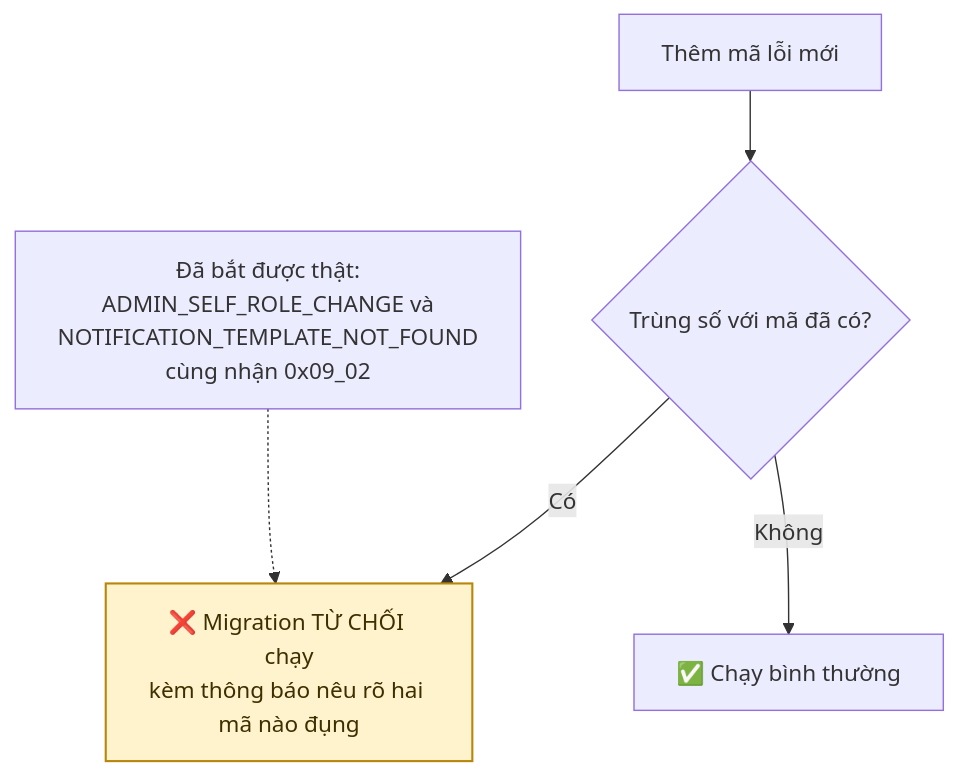
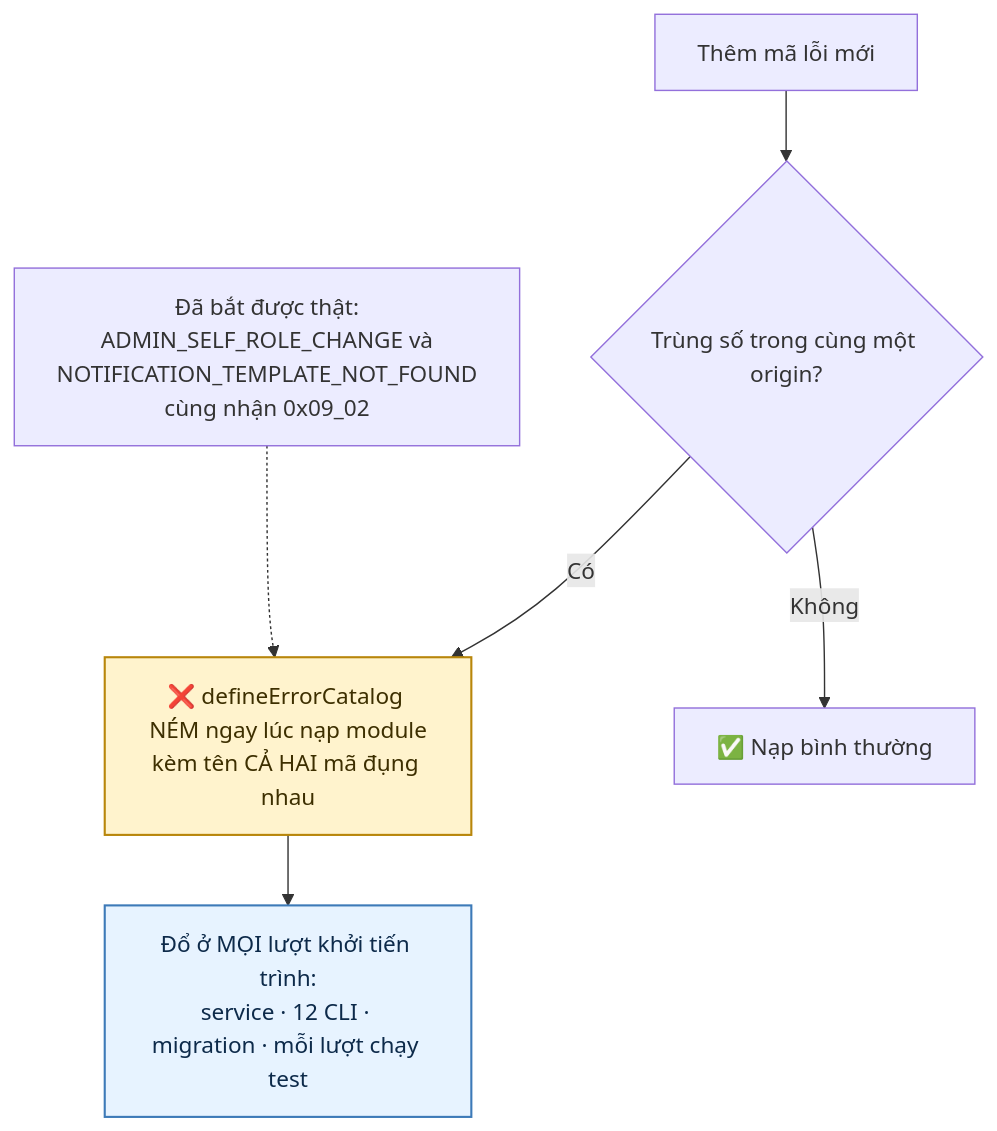
Before and after one commit to fdshn/trueheart: the second of 6 diagrams in docs/diagram/26-api-conventions.md, drawn with Mermaid. The commit also changed other lines of this file and 3 other files, not shown here.

````diff
--- a/docs/diagram/26-api-conventions.md
+++ b/docs/diagram/26-api-conventions.md
@@ -40,10 +73,13 @@
 ```mermaid
 flowchart TD
-    A[Thêm mã lỗi mới] --> B{Trùng số với mã đã có?}
-    B -->|Có| C["❌ Migration TỪ CHỐI chạy<br/>kèm thông báo nêu rõ hai mã nào đụng"]
-    B -->|Không| D[✅ Chạy bình thường]
+    A[Thêm mã lỗi mới] --> B{Trùng số trong cùng một origin?}
+    B -->|Có| C["❌ defineErrorCatalog NÉM ngay lúc nạp module<br/>kèm tên CẢ HAI mã đụng nhau"]
+    B -->|Không| D[✅ Nạp bình thường]
 
-    E["Đã bắt được thật:<br/>ADMIN_SELF_ROLE_CHANGE và<br/>NOTIFICATION_TEMPLATE_NOT_FOUND<br/>cùng nhận 0x09_02"] -.-> C
+    C --> E["Đổ ở MỌI lượt khởi tiến trình:<br/>service · 12 CLI · migration · mỗi lượt chạy test"]
+
+    F["Đã bắt được thật:<br/>ADMIN_SELF_ROLE_CHANGE và<br/>NOTIFICATION_TEMPLATE_NOT_FOUND<br/>cùng nhận 0x09_02"] -.-> C
 
     style C fill:#fff3cd,stroke:#b8860b,stroke-width:1.5px,color:#3d2f00
+    style E fill:#e7f3ff,stroke:#3d7ab8,stroke-width:1.5px,color:#0d2a4a
 ```
````
